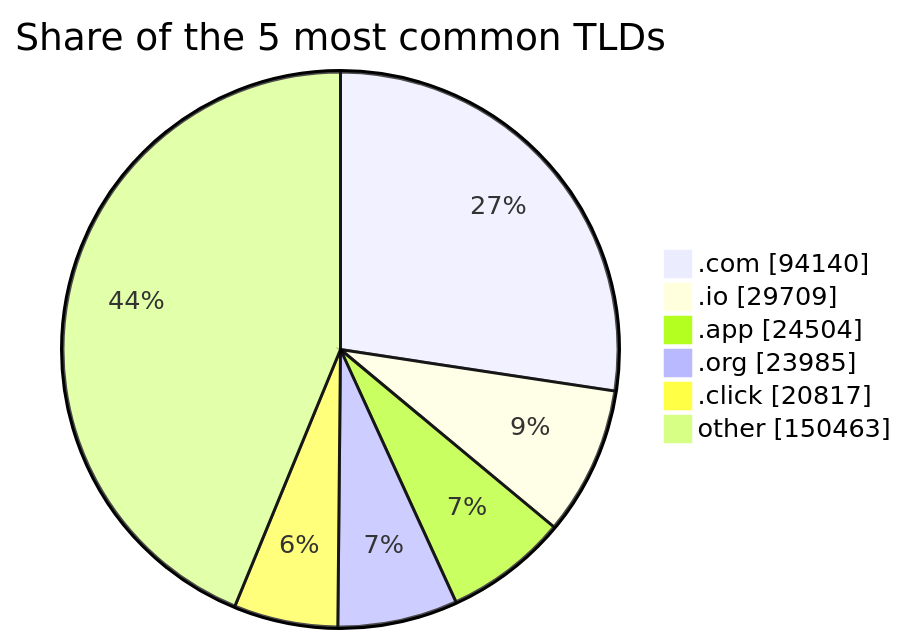
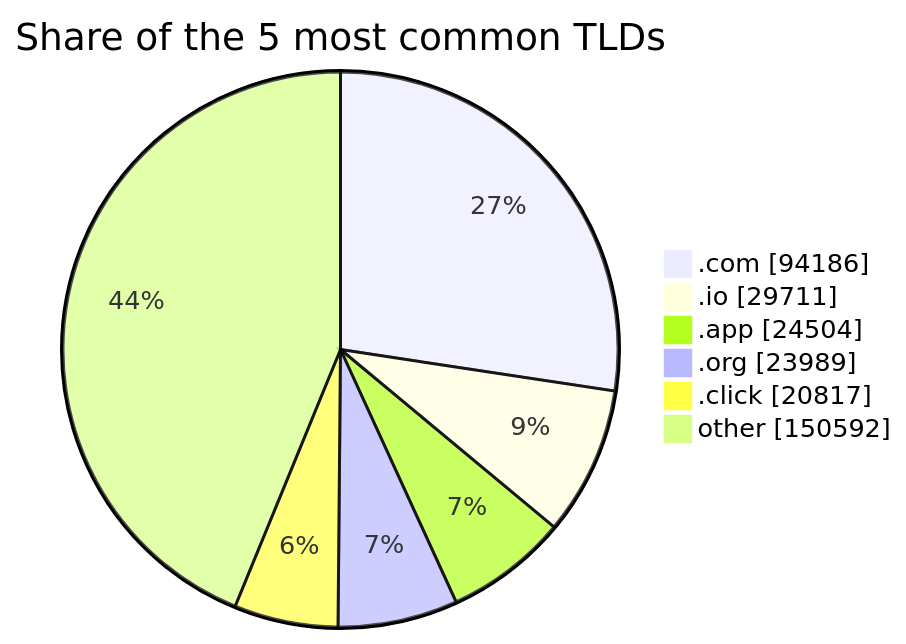
One commit to DNSBunker/CTI changed the third of 3 diagrams in README.md. Above: the diagram before and after it, drawn with Mermaid. The commit also changed other lines of this file and 3 other files, not shown here.

````diff
--- a/README.md
+++ b/README.md
@@ -81,9 +81,9 @@
 ```mermaid
 pie showData title Share of the 5 most common TLDs
-    ".com" : 94140
-    ".io" : 29709
+    ".com" : 94186
+    ".io" : 29711
     ".app" : 24504
-    ".org" : 23985
+    ".org" : 23989
     ".click" : 20817
-    "other" : 150463
+    "other" : 150592
 ```
````
